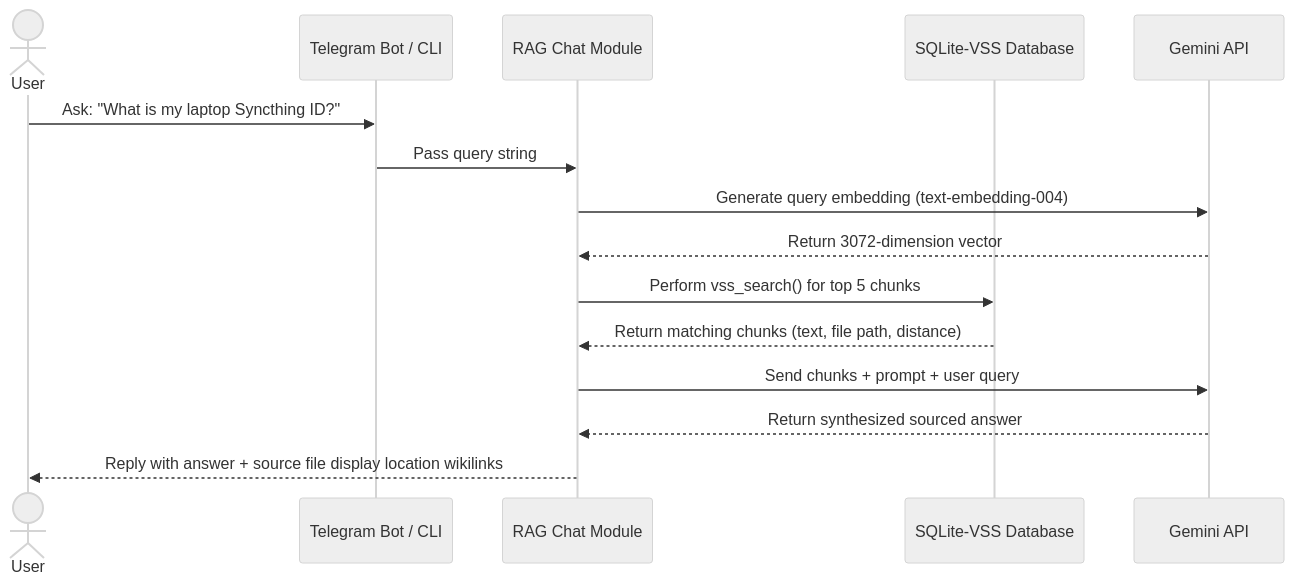
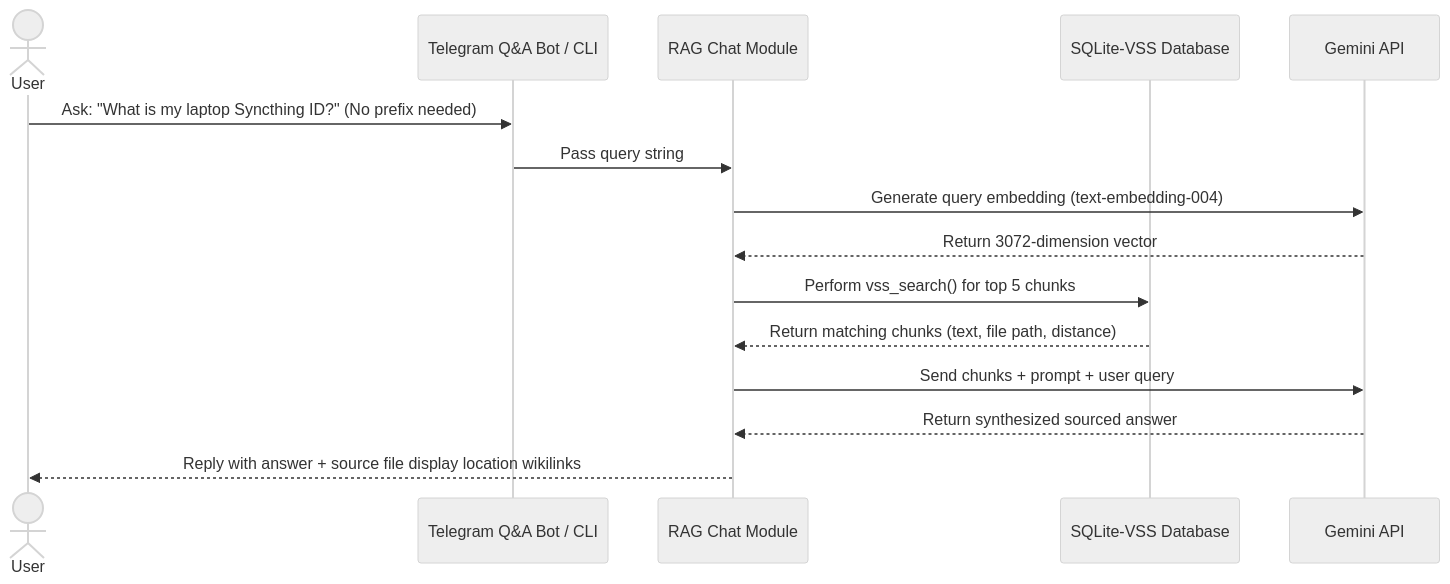
Before and after one commit to sdmeers/second_brain: the second of 2 diagrams in docs/technical_implementation.md, drawn with Mermaid (neutral theme). The commit also changed other lines of this file and 3 other files, not shown here.

````diff
--- a/docs/technical_implementation.md
+++ b/docs/technical_implementation.md
@@ -110,18 +117,18 @@
 ```mermaid
 sequenceDiagram
     actor User
-    participant Bot as Telegram Bot / CLI
+    participant Bot as Telegram Q&A Bot / CLI
     participant RAG as RAG Chat Module
     participant DB as SQLite-VSS Database
     participant API as Gemini API
 
-    User->>Bot: Ask: "What is my laptop Syncthing ID?"
+    User->>Bot: Ask: "What is my laptop Syncthing ID?" (No prefix needed)
     Bot->>RAG: Pass query string
     RAG->>API: Generate query embedding (text-embedding-004)
     API-->>RAG: Return 3072-dimension vector
     RAG->>DB: Perform vss_search() for top 5 chunks
     DB-->>RAG: Return matching chunks (text, file path, distance)
     RAG->>API: Send chunks + prompt + user query
     API-->>RAG: Return synthesized sourced answer
     RAG-->>User: Reply with answer + source file display location wikilinks
 ```
````
